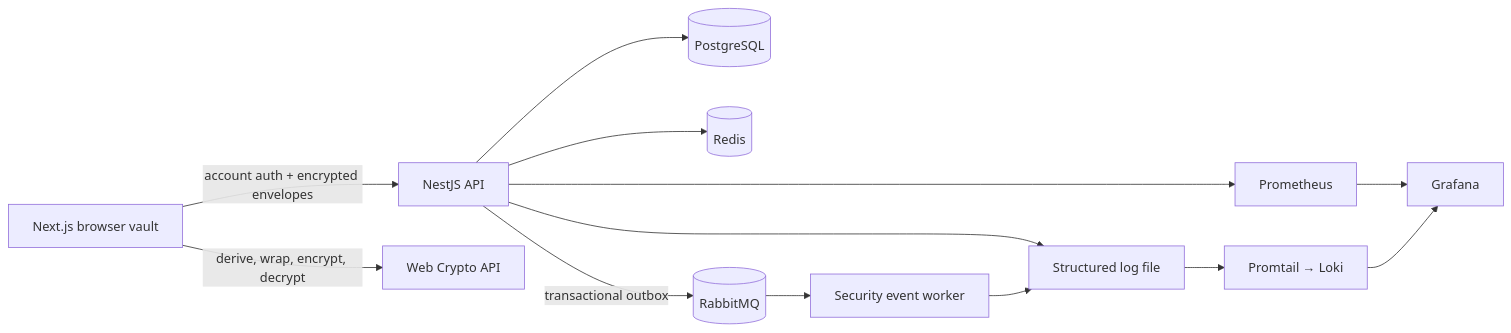
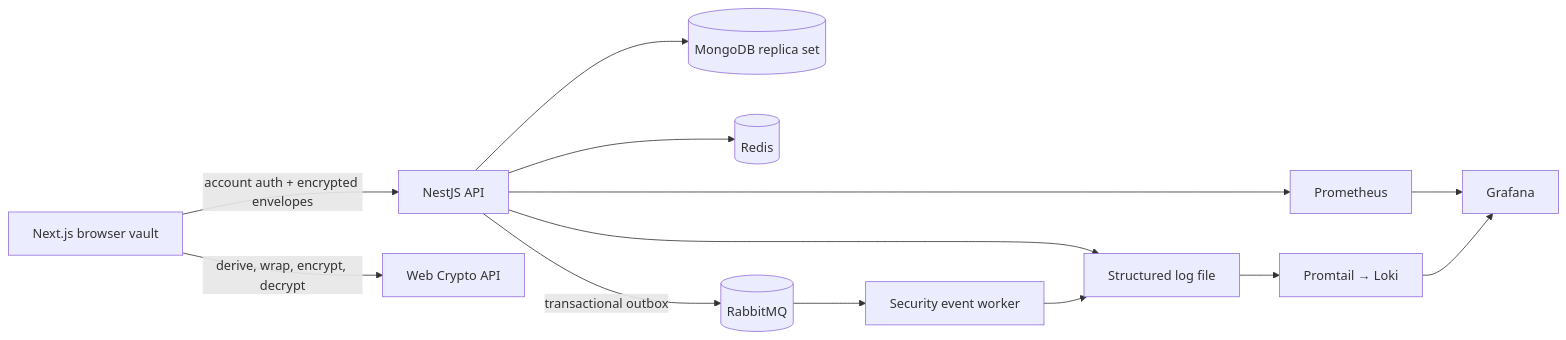
One commit to sujithgnth/keynest changed the diagram in README.md. Above: the diagram before and after it, drawn with Mermaid. The commit also changed other lines of this file and 147 other files, not shown here.

````diff
--- a/README.md
+++ b/README.md
@@ -70,15 +73,15 @@
 ```mermaid
 flowchart LR
   B["Next.js browser vault"] -->|"account auth + encrypted envelopes"| A["NestJS API"]
   B -->|"derive, wrap, encrypt, decrypt"| C["Web Crypto API"]
-  A --> P[(PostgreSQL)]
+  A --> P[(MongoDB replica set)]
   A --> R[(Redis)]
   A -->|"transactional outbox"| Q[(RabbitMQ)]
   Q --> W["Security event worker"]
   A --> M["Prometheus"]
   A --> L["Structured log file"]
   W --> L
   L --> T["Promtail → Loki"]
   M --> G["Grafana"]
   T --> G
 ```
````
